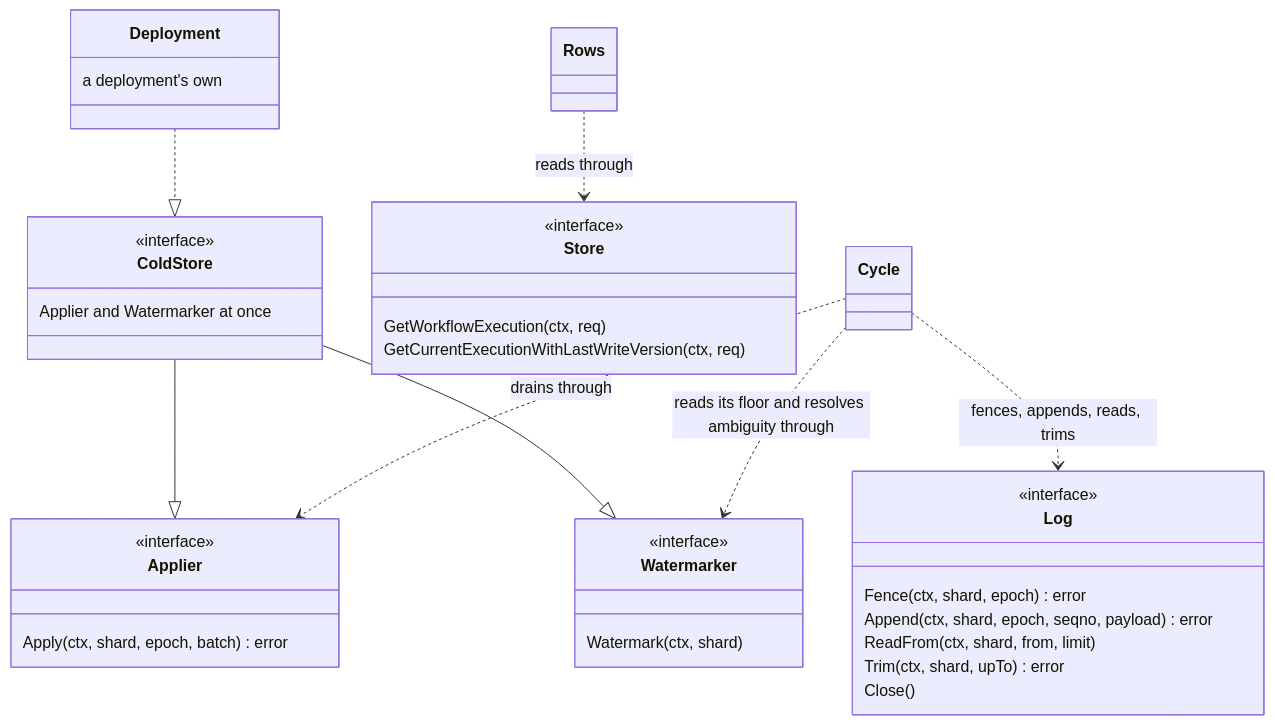
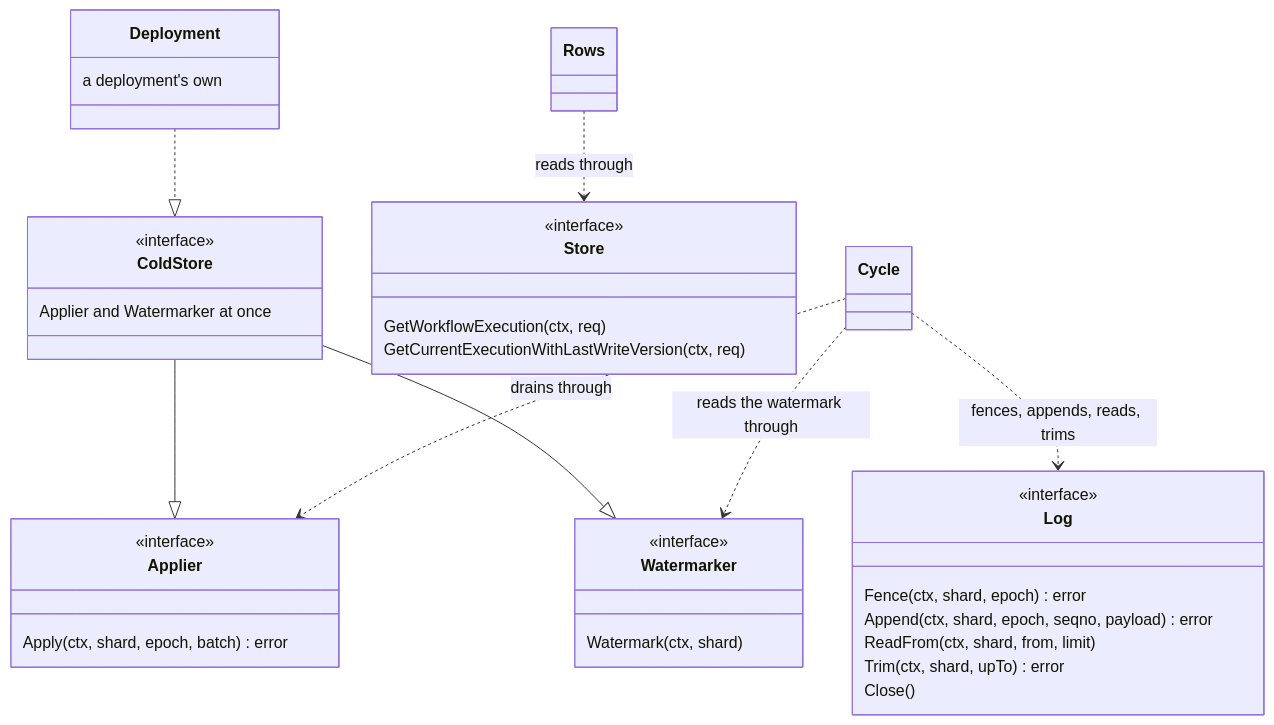
Before and after one commit to aromanovich/waltz: the second of 2 diagrams in docs/handbook/04-contracts.md, drawn with Mermaid. The commit also changed other lines of this file and 15 other files, not shown here.

````diff
--- a/docs/handbook/04-contracts.md
+++ b/docs/handbook/04-contracts.md
@@ -100,40 +84,40 @@
 ```mermaid
 classDiagram
   class Log {
     <<interface>>
     Fence(ctx, shard, epoch) error
     Append(ctx, shard, epoch, seqno, payload) error
     ReadFrom(ctx, shard, from, limit)
     Trim(ctx, shard, upTo) error
     Close()
   }
   class Applier {
     <<interface>>
     Apply(ctx, shard, epoch, batch) error
   }
   class Watermarker {
     <<interface>>
     Watermark(ctx, shard)
   }
   class ColdStore {
     <<interface>>
     Applier and Watermarker at once
   }
   class Store {
     <<interface>>
     GetWorkflowExecution(ctx, req)
     GetCurrentExecutionWithLastWriteVersion(ctx, req)
   }
   class Cycle
   class Rows
   class Deployment {
     a deployment's own
   }
   ColdStore --|> Applier
   ColdStore --|> Watermarker
   Deployment ..|> ColdStore
   Rows ..> Store : reads through
   Cycle ..> Log : fences, appends, reads, trims
   Cycle ..> Applier : drains through
-  Cycle ..> Watermarker : reads its floor and resolves ambiguity through
+  Cycle ..> Watermarker : reads the watermark through
 ```
````
